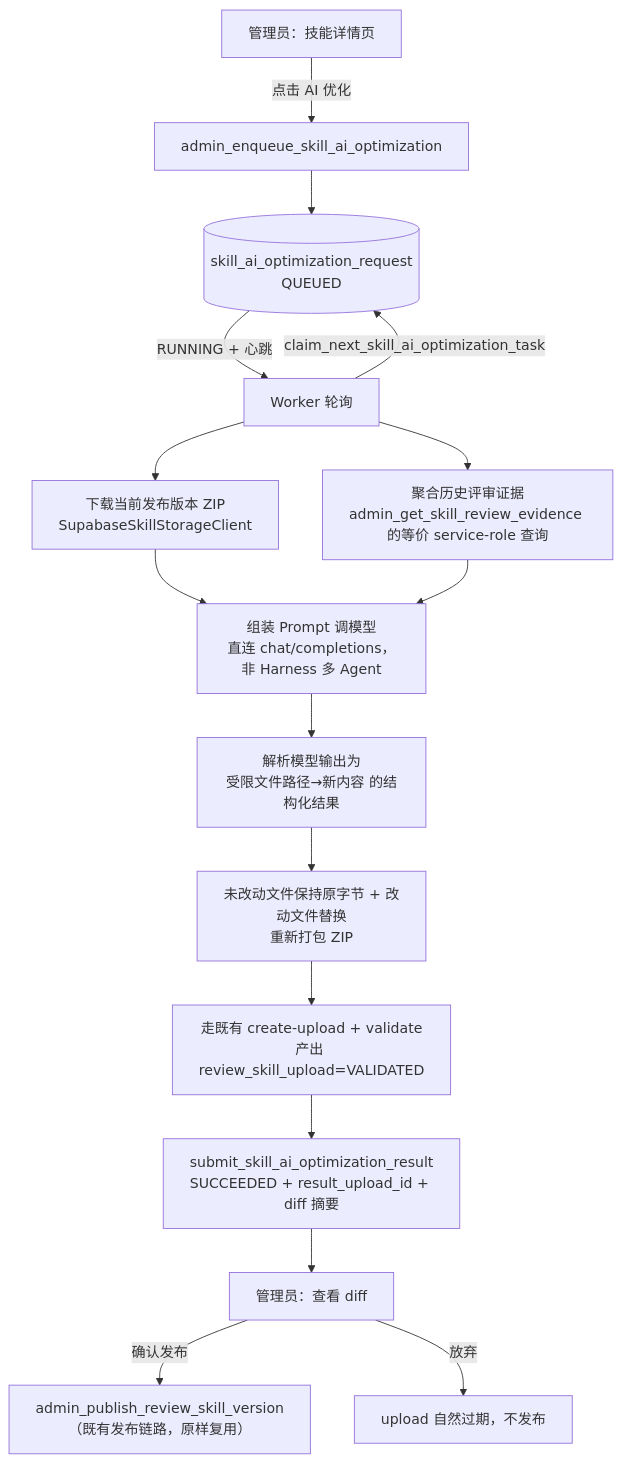
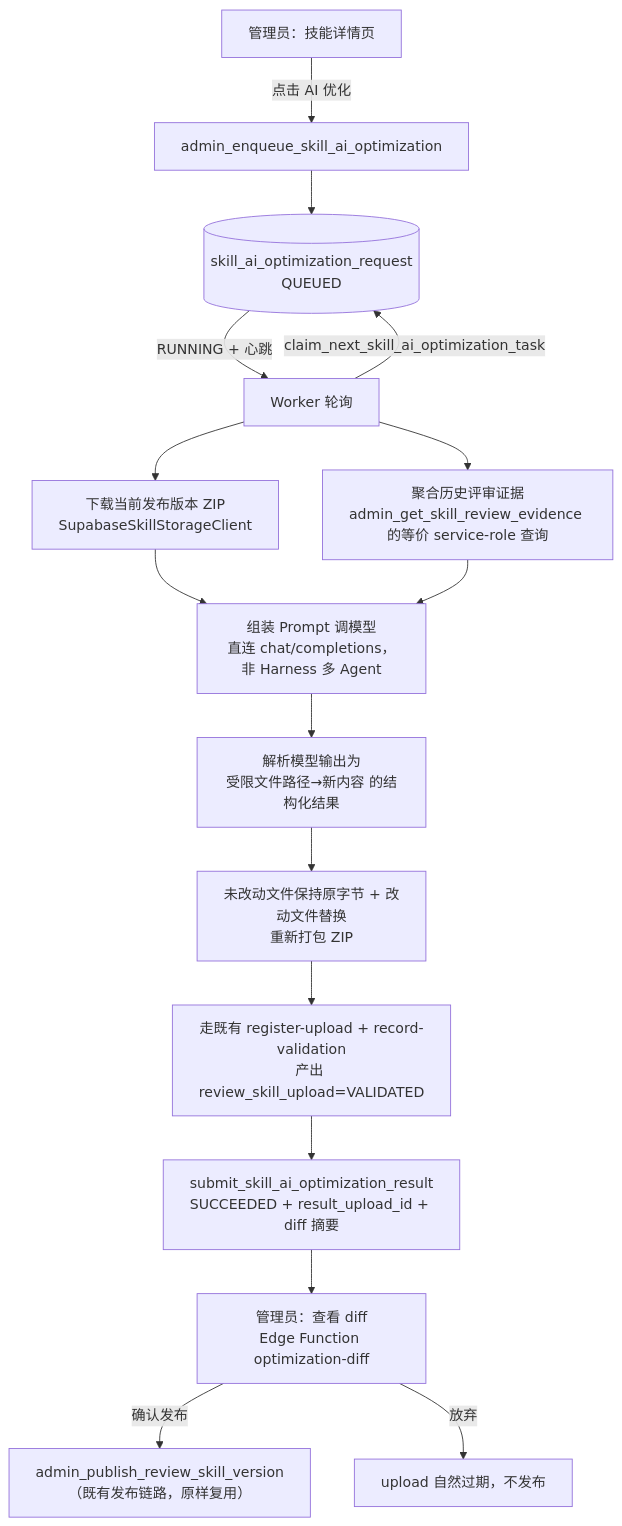
Before and after one commit to xyx1028/codeReviewPlatform: the diagram in 代码评审平台需求文档/V1.19-技能AI优化/需求开发评审一致性平台-V1.19技能AI优化-最终执行方案.md, drawn with Mermaid. The commit also changed other lines of this file and 52 other files, not shown here.

````diff
--- a/代码评审平台需求文档/V1.19-技能AI优化/需求开发评审一致性平台-V1.19技能AI优化-最终执行方案.md
+++ b/代码评审平台需求文档/V1.19-技能AI优化/需求开发评审一致性平台-V1.19技能AI优化-最终执行方案.md
@@ -114,18 +114,18 @@
 ```mermaid
 flowchart TD
     A[管理员：技能详情页] -->|点击 AI 优化| B[admin_enqueue_skill_ai_optimization]
     B --> C[(skill_ai_optimization_request\nQUEUED)]
     W[Worker 轮询] -->|claim_next_skill_ai_optimization_task| C
     C -->|RUNNING + 心跳| W
     W --> D[下载当前发布版本 ZIP\nSupabaseSkillStorageClient]
     W --> E[聚合历史评审证据\nadmin_get_skill_review_evidence 的等价 service-role 查询]
     D --> F[组装 Prompt 调模型\n直连 chat/completions，非 Harness 多 Agent]
     E --> F
     F --> G[解析模型输出为\n受限文件路径→新内容 的结构化结果]
     G --> H[未改动文件保持原字节 + 改动文件替换\n重新打包 ZIP]
-    H --> I[走既有 create-upload + validate\n产出 review_skill_upload=VALIDATED]
+    H --> I[走既有 register-upload + record-validation\n产出 review_skill_upload=VALIDATED]
     I --> J[submit_skill_ai_optimization_result\nSUCCEEDED + result_upload_id + diff 摘要]
-    J --> K[管理员：查看 diff]
+    J --> K[管理员：查看 diff\nEdge Function optimization-diff]
     K -->|确认发布| L[admin_publish_review_skill_version\n（既有发布链路，原样复用）]
     K -->|放弃| M[upload 自然过期，不发布]
 ```
````
